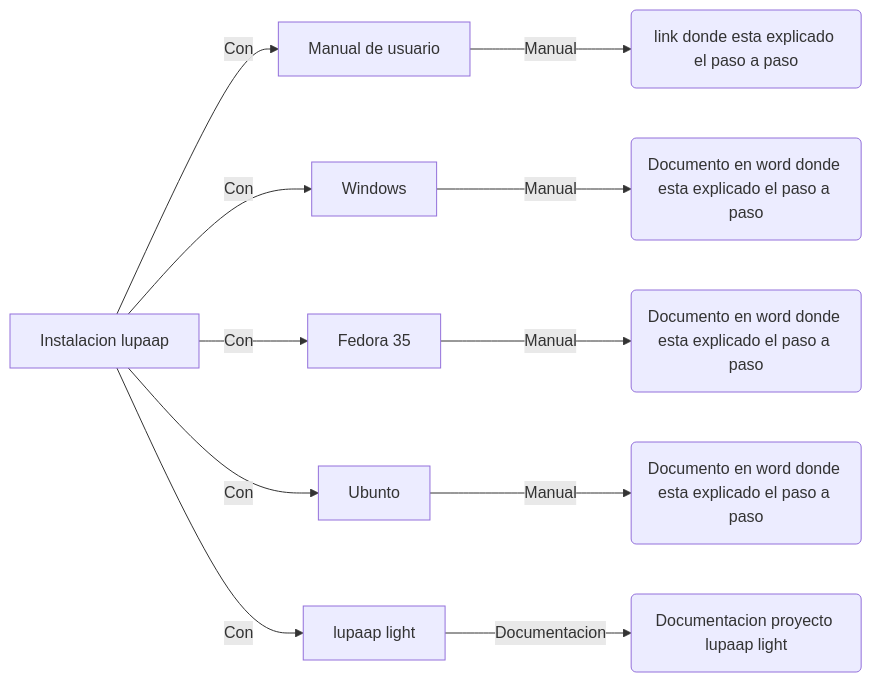
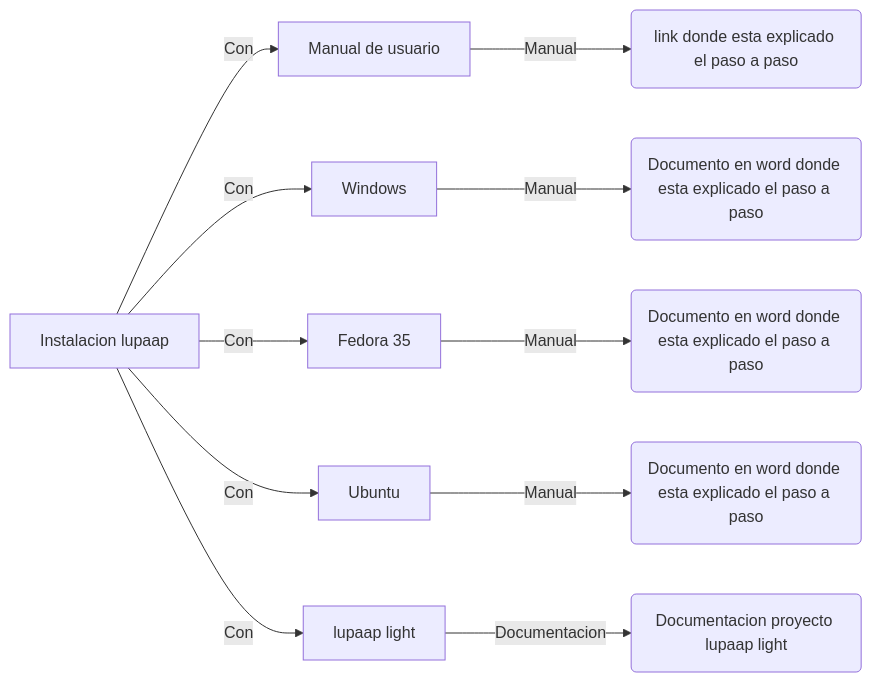
Before and after one commit to frankn9/-Instalacion-lupaap: the diagram in README.md, drawn with Mermaid.

````diff
--- a/README.md
+++ b/README.md
@@ -40,13 +40,13 @@
 ```mermaid
 graph LR
 A[Instalacion lupaap] -- Con --> B(Manual de usuario)
 A[Instalacion lupaap] -- Con --> C(Windows)
 A[Instalacion lupaap] -- Con --> D(Fedora 35)
 A[Instalacion lupaap] -- Con --> E(Ubuntu)
 A[Instalacion lupaap] -- Con --> F(Lupaap light)
 B[Manual de usuario] -- Manual --> G( link donde esta explicado el paso a paso)
 C[Windows] -- Manual --> H(Documento en word donde esta explicado el paso a paso)
 D[Fedora 35] -- Manual--> I(Documento en word donde esta explicado el paso a paso)
-E[Ubunto] -- Manual--> J(Documento en word donde esta explicado el paso a paso)
+E[Ubuntu] -- Manual--> J(Documento en word donde esta explicado el paso a paso)
 F[lupaap light]-- Documentacion--> K(Documentacion proyecto lupaap light)
 ```
````
